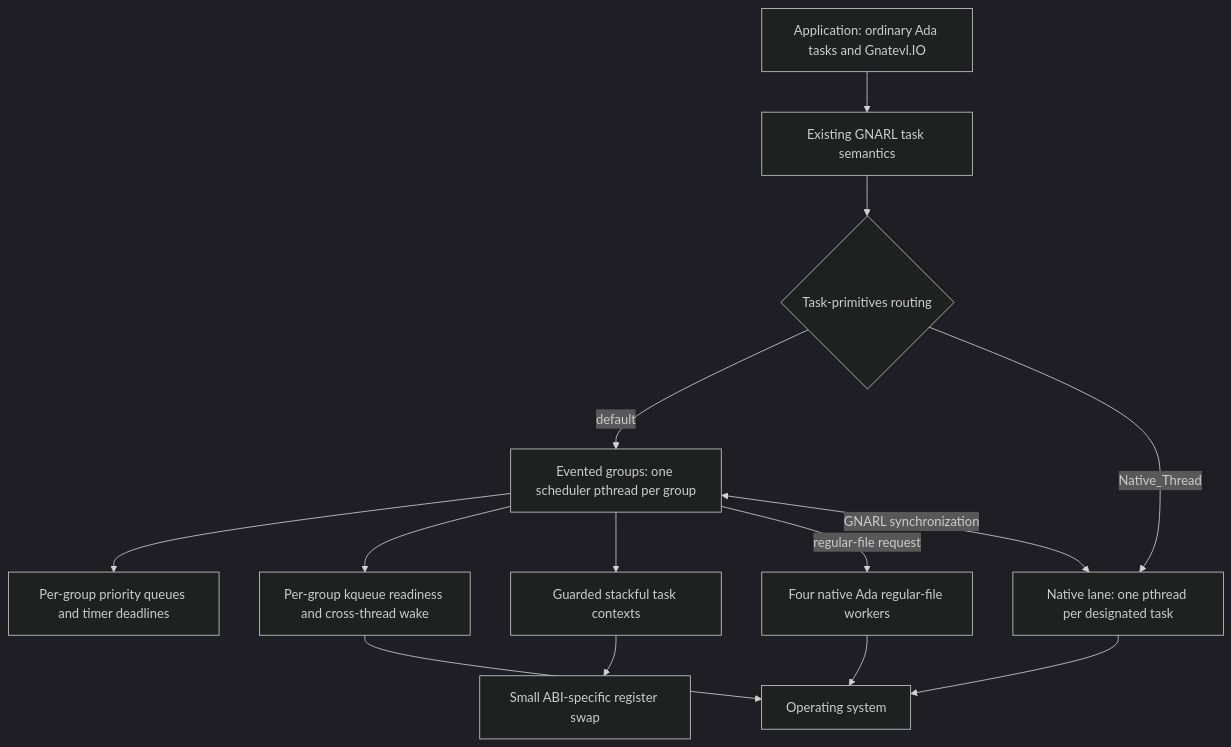
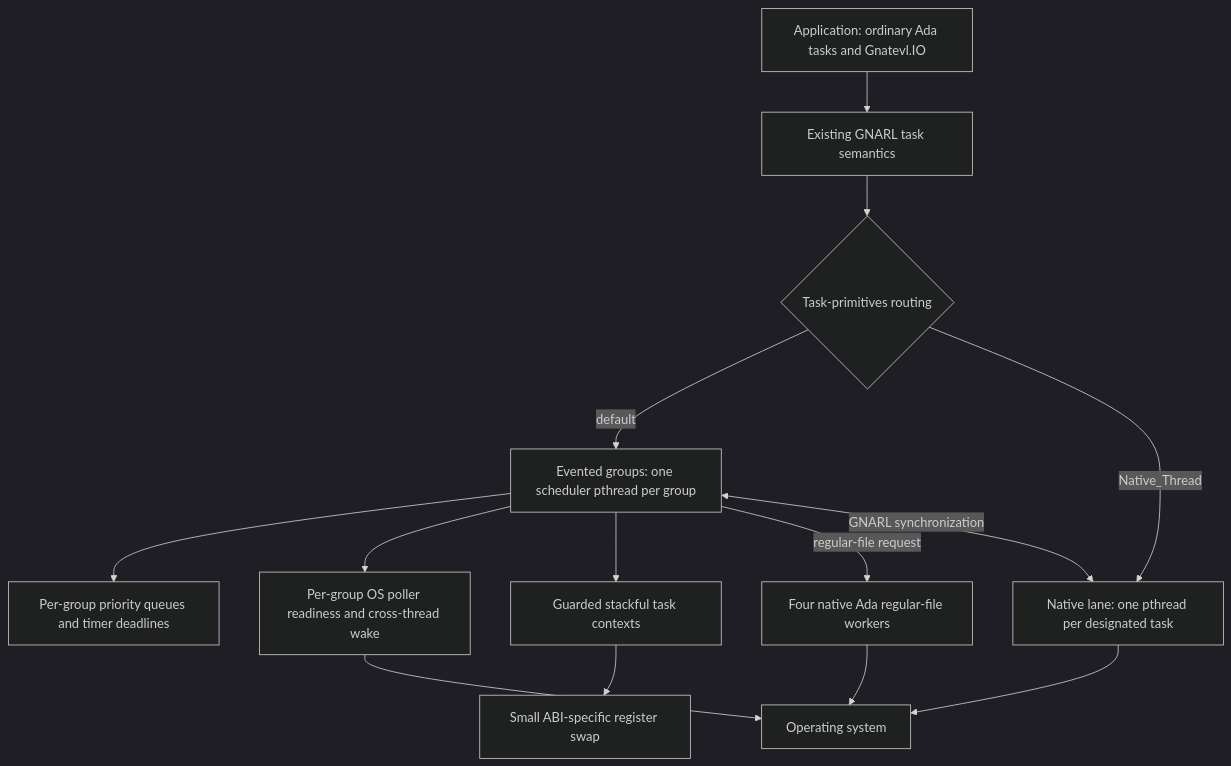
One commit to flyology-ada/flyology changed the first of 3 diagrams in README.md. Above: the diagram before and after it, drawn with Mermaid (dark theme). The commit also changed other lines of this file and 20 other files, not shown here.

````diff
--- a/README.md
+++ b/README.md
@@ -105,26 +109,26 @@
 ```mermaid
 flowchart TB
     A[Application: ordinary Ada tasks and Gnatevl.IO]
     G[Existing GNARL task semantics]
     R{Task-primitives routing}
     E[Evented groups: one scheduler pthread per group]
     N[Native lane: one pthread per designated task]
     Q[Per-group priority queues and timer deadlines]
-    K[Per-group kqueue readiness and cross-thread wake]
+    K[Per-group OS poller readiness and cross-thread wake]
     C[Guarded stackful task contexts]
     X[Small ABI-specific register swap]
     F[Four native Ada regular-file workers]
     O[Operating system]
 
     A --> G --> R
     R -->|default| E
     R -->|Native_Thread| N
     E --> Q
     E --> K
     E --> C --> X
     E -->|regular-file request| F
     E <-->|GNARL synchronization| N
     K --> O
     N --> O
     F --> O
 ```
````
